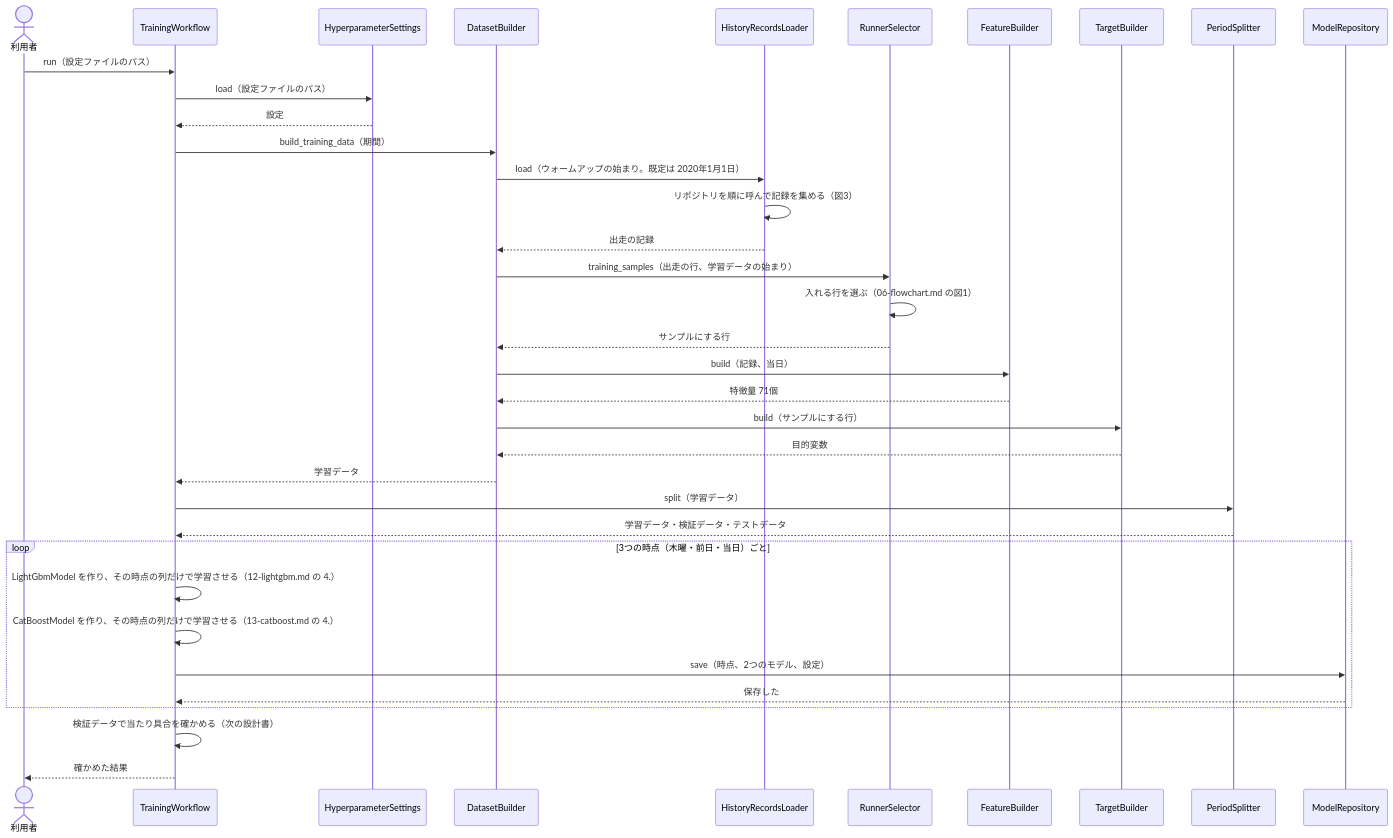
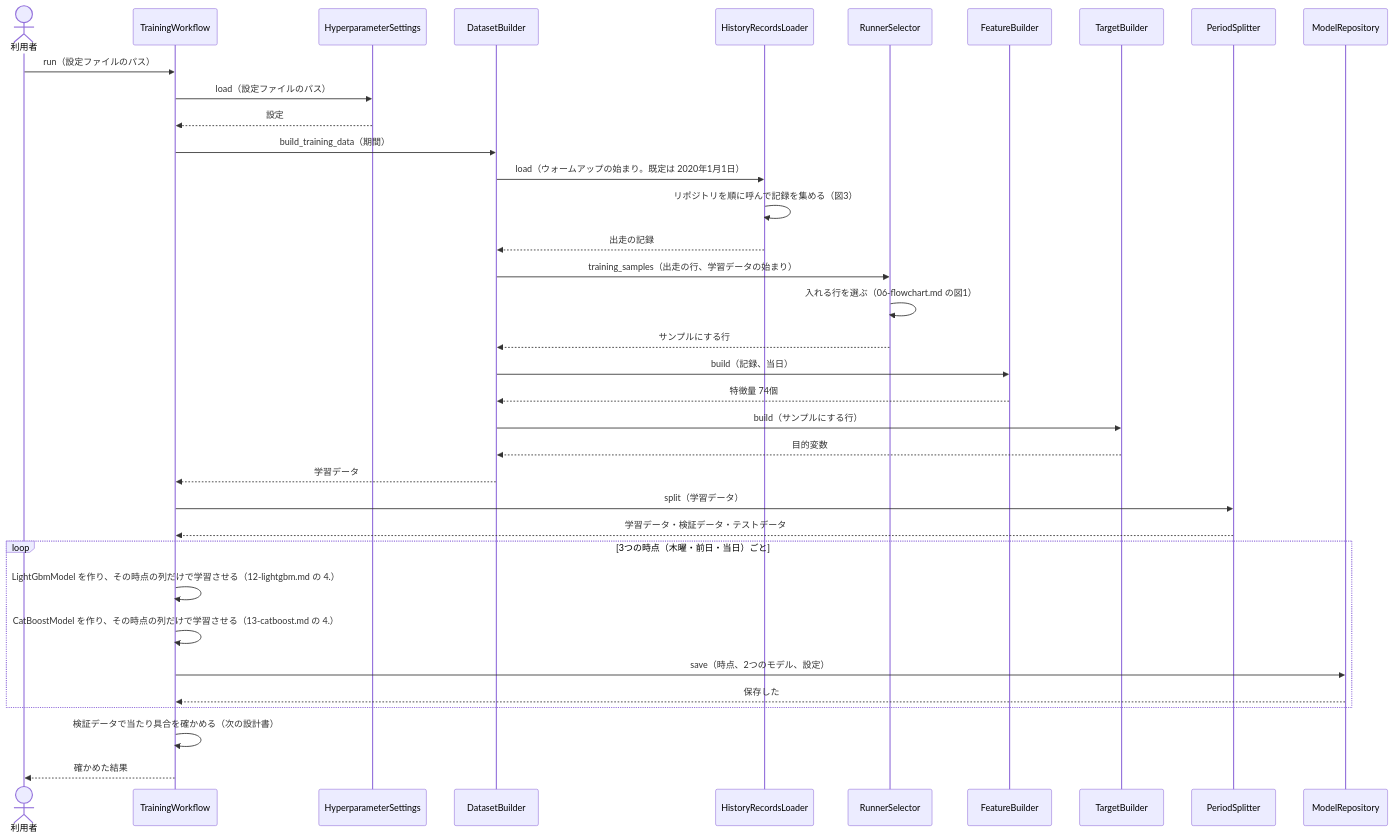
One commit to ht-0328/keiba-yosou changed the first of 4 diagrams in docs/design/近走と適性から3着以内を予想/05-sequence.md. Above: the diagram before and after it, drawn with Mermaid. The commit also changed other lines of this file and 30 other files, not shown here.

````diff
--- a/docs/design/近走と適性から3着以内を予想/05-sequence.md
+++ b/docs/design/近走と適性から3着以内を予想/05-sequence.md
@@ -40,38 +40,38 @@
 ```mermaid
 sequenceDiagram
     actor U as 利用者
     participant W as TrainingWorkflow
     participant H as HyperparameterSettings
     participant D as DatasetBuilder
     participant L as HistoryRecordsLoader
     participant RS as RunnerSelector
     participant F as FeatureBuilder
     participant T as TargetBuilder
     participant S as PeriodSplitter
     participant MR as ModelRepository
     U->>W: run（設定ファイルのパス）
     W->>H: load（設定ファイルのパス）
     H-->>W: 設定
     W->>D: build_training_data（期間）
     D->>L: load（ウォームアップの始まり。既定は 2020年1月1日）
     L->>L: リポジトリを順に呼んで記録を集める（図3）
     L-->>D: 出走の記録
     D->>RS: training_samples（出走の行、学習データの始まり）
     RS->>RS: 入れる行を選ぶ（06-flowchart.md の図1）
     RS-->>D: サンプルにする行
     D->>F: build（記録、当日）
-    F-->>D: 特徴量 71個
+    F-->>D: 特徴量 74個
     D->>T: build（サンプルにする行）
     T-->>D: 目的変数
     D-->>W: 学習データ
     W->>S: split（学習データ）
     S-->>W: 学習データ・検証データ・テストデータ
     loop 3つの時点（木曜・前日・当日）ごと
         W->>W: LightGbmModel を作り、その時点の列だけで学習させる（12-lightgbm.md の 4.）
         W->>W: CatBoostModel を作り、その時点の列だけで学習させる（13-catboost.md の 4.）
         W->>MR: save（時点、2つのモデル、設定）
         MR-->>W: 保存した
     end
     W->>W: 検証データで当たり具合を確かめる（次の設計書）
     W-->>U: 確かめた結果
 ```
````
